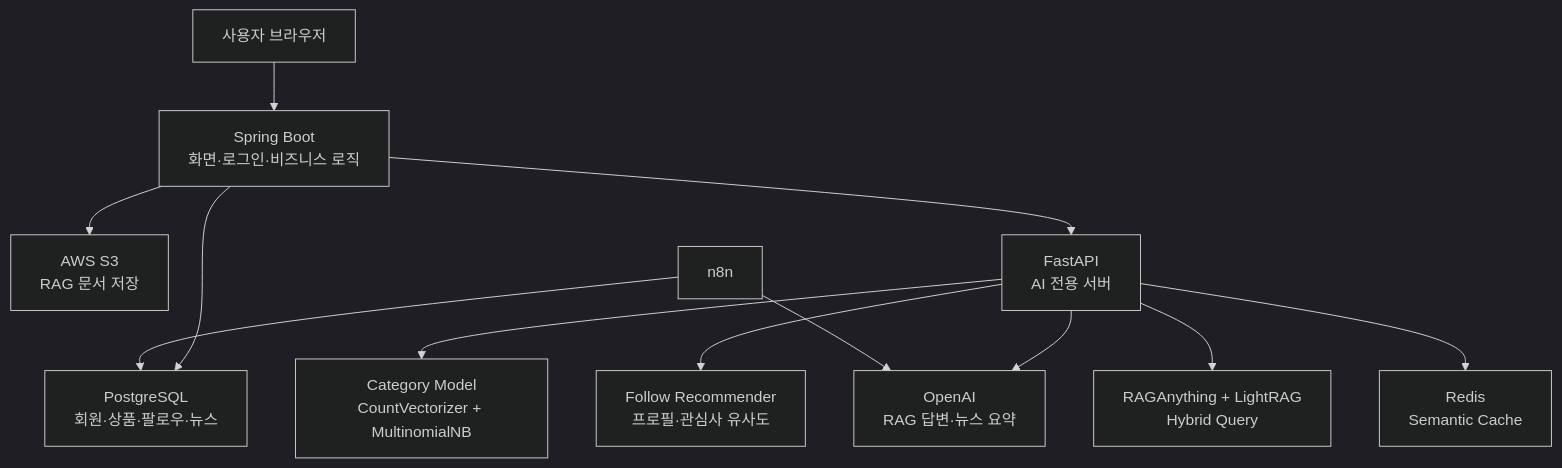
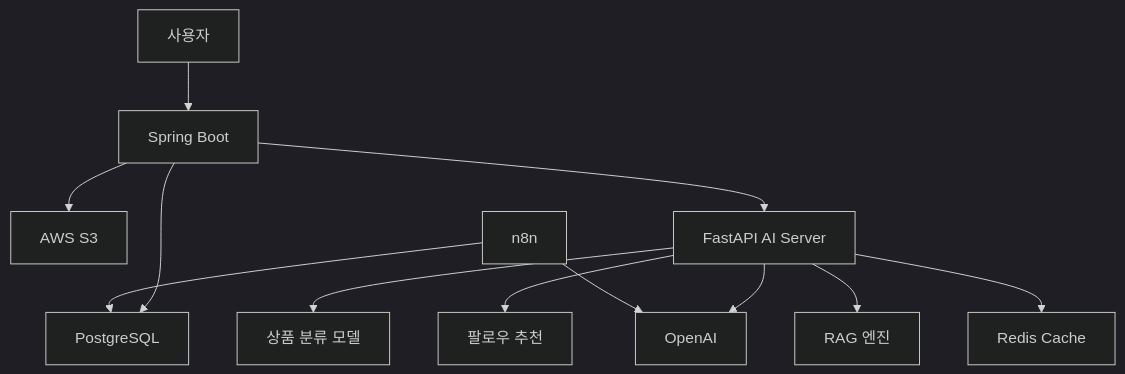
One commit to tomatosugarpickled/announcement-_ai changed the fifth of 5 diagrams in README.md. Above: the diagram before and after it, drawn with Mermaid (dark theme). The commit also changed other lines of this file, not shown here.

````diff
--- a/README.md
+++ b/README.md
@@ -396,14 +410,16 @@
 ```mermaid
 flowchart TB
-    Browser["사용자 브라우저"] --> Spring["Spring Boot<br/>화면·로그인·비즈니스 로직"]
-    Spring --> DB["PostgreSQL<br/>회원·상품·팔로우·뉴스"]
-    Spring --> S3["AWS S3<br/>RAG 문서 저장"]
-    Spring --> FastAPI["FastAPI<br/>AI 전용 서버"]
-    FastAPI --> Category["Category Model<br/>CountVectorizer + MultinomialNB"]
-    FastAPI --> Follow["Follow Recommender<br/>프로필·관심사 유사도"]
-    FastAPI --> RAG["RAGAnything + LightRAG<br/>Hybrid Query"]
-    FastAPI --> Redis["Redis<br/>Semantic Cache"]
-    FastAPI --> OpenAI["OpenAI<br/>RAG 답변·뉴스 요약"]
+    User["사용자"] --> Spring["Spring Boot"]
+    Spring --> DB["PostgreSQL"]
+    Spring --> S3["AWS S3"]
+    Spring --> FastAPI["FastAPI AI Server"]
+
+    FastAPI --> Category["상품 분류 모델"]
+    FastAPI --> Follow["팔로우 추천"]
+    FastAPI --> RAG["RAG 엔진"]
+    FastAPI --> Redis["Redis Cache"]
+    FastAPI --> OpenAI["OpenAI"]
+
     N8N["n8n"] --> OpenAI
     N8N --> DB
 ```
````
